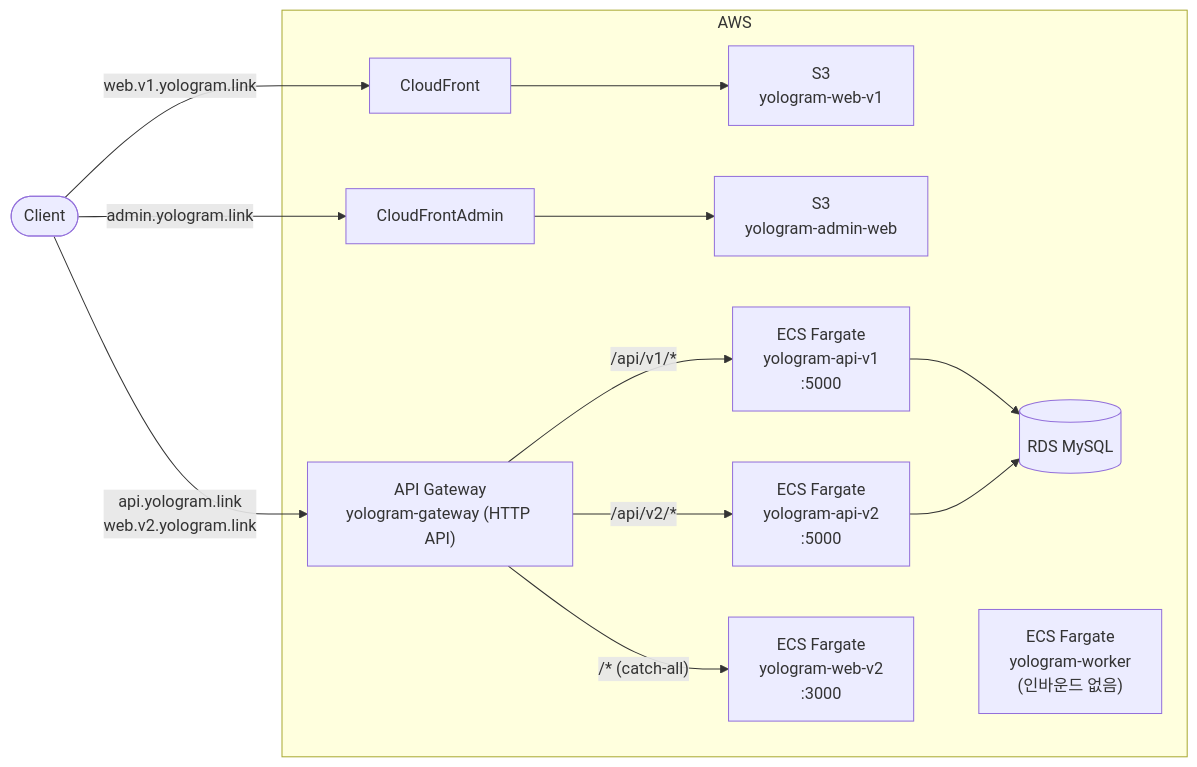
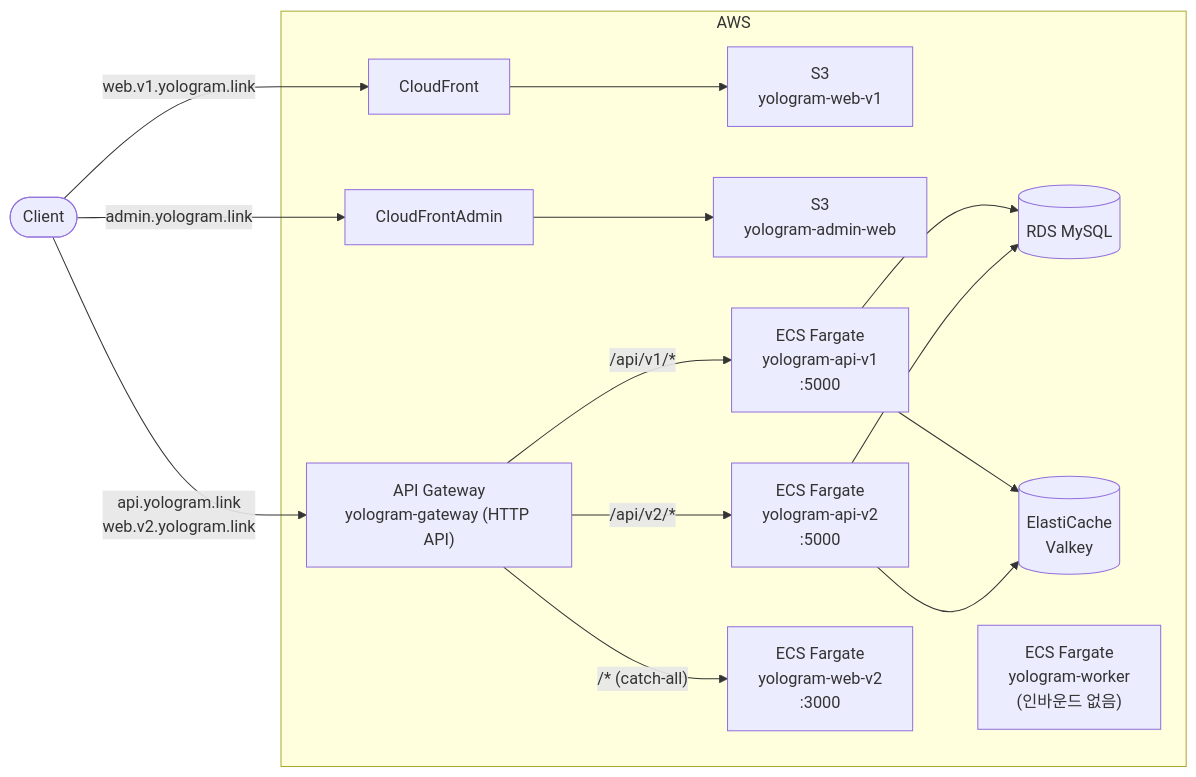
One commit to yologger/yologram changed the diagram in README.md. Above: the diagram before and after it, drawn with Mermaid. The commit also changed other lines of this file and 3 other files, not shown here.

````diff
--- a/README.md
+++ b/README.md
@@ -26,23 +28,25 @@
 ```mermaid
 flowchart LR
     Client([Client])
 
     Client -- "web.v1.yologram.link" --> CloudFront
     Client -- "admin.yologram.link" --> CloudFrontAdmin
     Client -- "api.yologram.link<br/>web.v2.yologram.link" --> APIGW
 
     subgraph AWS
         CloudFront --> S3["S3<br/>yologram-web-v1"]
         CloudFrontAdmin --> S3Admin["S3<br/>yologram-admin-web"]
 
         APIGW["API Gateway<br/>yologram-gateway (HTTP API)"]
         APIGW -- "/api/v1/*" --> ECS_API_V1["ECS Fargate<br/>yologram-api-v1<br/>:5000"]
         APIGW -- "/api/v2/*" --> ECS_API_V2["ECS Fargate<br/>yologram-api-v2<br/>:5000"]
         APIGW -- "/* (catch-all)" --> ECS_WEB_V2["ECS Fargate<br/>yologram-web-v2<br/>:3000"]
 
         ECS_API_V1 --> RDS[(RDS MySQL)]
         ECS_API_V2 --> RDS
+        ECS_API_V1 --> VALKEY[(ElastiCache<br/>Valkey)]
+        ECS_API_V2 --> VALKEY
 
         ECS_WORKER["ECS Fargate<br/>yologram-worker<br/>(인바운드 없음)"]
     end
 ```
````
